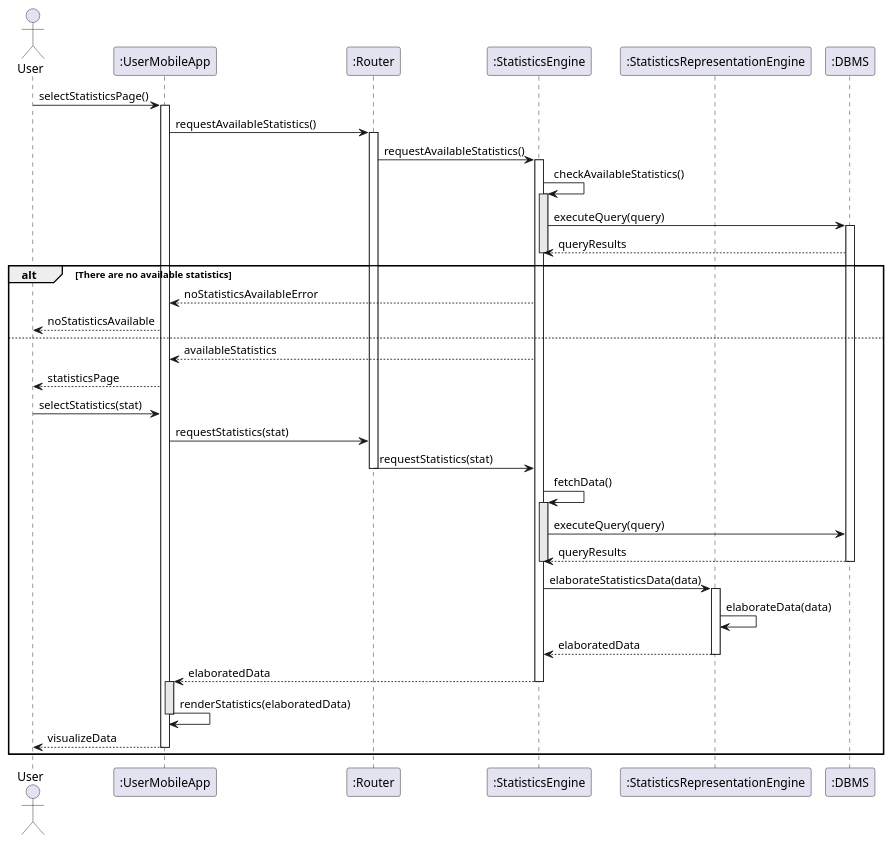
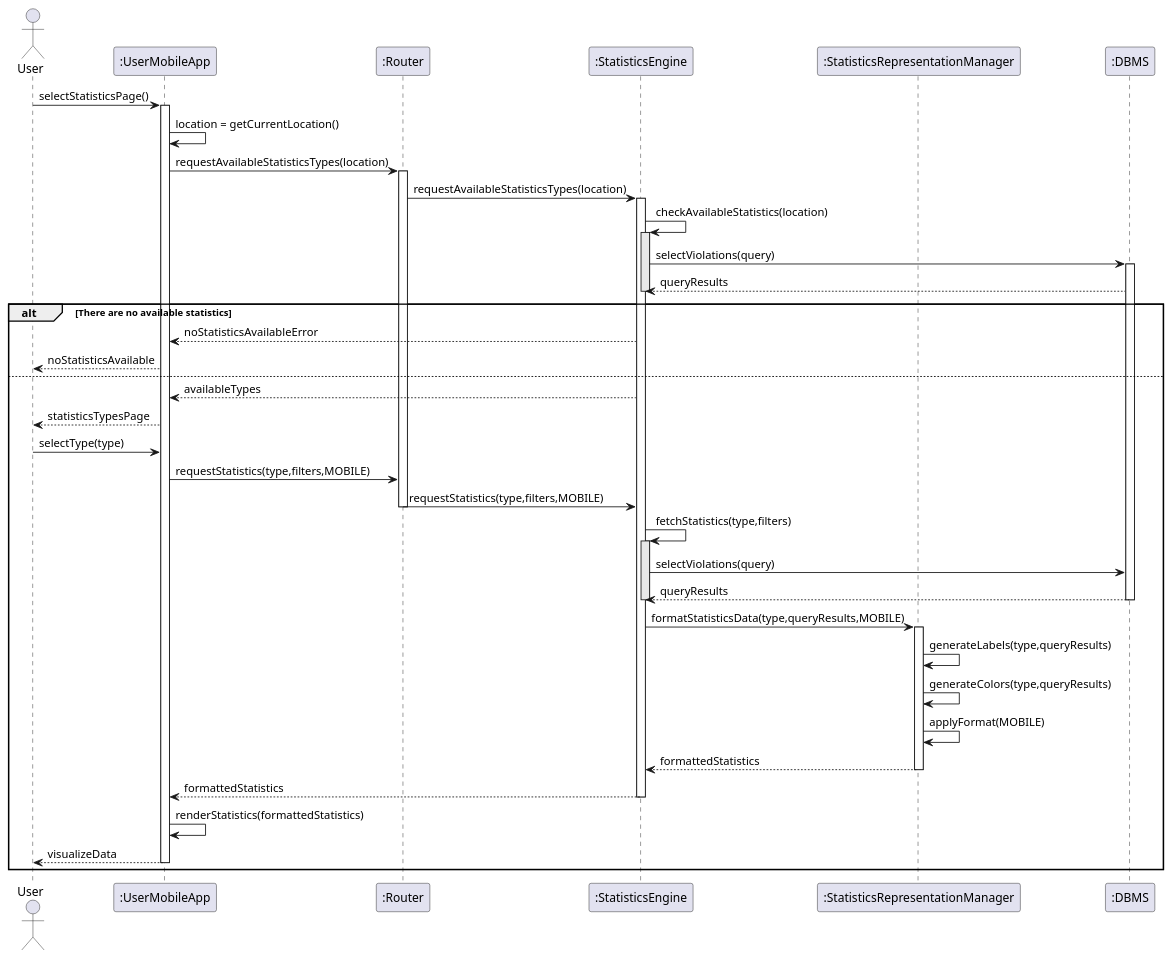
Before and after one commit to fuljo/FulginiDiCesare-SE2: the diagram in diagrams/dd_sequence_diagram_uc_1_4.wsd, drawn with PlantUML.

Commit message:
Improve clarity in SD for statistics
- correct name of StatisticsRepresentationManager
- add location-based check for available statistics
- clarify the first request for statistics types
- use select method on DBMS
- further detail of the methods to request and format statistics
- remove useless subprocess to render statistics

```diff
--- a/diagrams/dd_sequence_diagram_uc_1_4.wsd
+++ b/diagrams/dd_sequence_diagram_uc_1_4.wsd
@@ -1,56 +1,54 @@
 @startuml dd_sequence_diagram_uc_1_4
 skinparam Shadowing false
 
 actor User as U
 participant ":UserMobileApp" as UMA
 participant ":Router" as R
 participant ":StatisticsEngine" as SE
-participant ":StatisticsRepresentationEngine" as SRE
+participant ":StatisticsRepresentationManager" as SRM
 participant ":DBMS" as DBMS
 
 U -> UMA : selectStatisticsPage()
 activate UMA
-UMA -> R : requestAvailableStatistics()
+UMA -> UMA : location = getCurrentLocation()
+UMA -> R : requestAvailableStatisticsTypes(location)
 activate R
-R -> SE : requestAvailableStatistics()
+R -> SE : requestAvailableStatisticsTypes(location)
 activate SE
-SE -> SE : checkAvailableStatistics()
+SE -> SE : checkAvailableStatistics(location)
 activate SE #e8e8e8
-SE -> DBMS : executeQuery(query)
+SE -> DBMS : selectViolations(query)
 activate DBMS
 DBMS --> SE : queryResults
 deactivate SE
 alt There are no available statistics
 SE --> UMA : noStatisticsAvailableError
 UMA --> U : noStatisticsAvailable
 else
-SE --> UMA : availableStatistics
-UMA --> U : statisticsPage
-U -> UMA : selectStatistics(stat)
-UMA -> R : requestStatistics(stat)
-R -> SE : requestStatistics(stat)
+SE --> UMA : availableTypes
+UMA --> U : statisticsTypesPage
+U -> UMA : selectType(type)
+UMA -> R : requestStatistics(type,filters,MOBILE)
+R -> SE : requestStatistics(type,filters,MOBILE)
 deactivate R
-SE -> SE : fetchData()
+SE -> SE : fetchStatistics(type,filters)
 activate SE #e8e8e8
-SE -> DBMS : executeQuery(query)
+SE -> DBMS : selectViolations(query)
 DBMS --> SE : queryResults
 deactivate DBMS
 deactivate SE
-SE -> SRE : elaborateStatisticsData(data)
-activate SRE
-SRE -> SRE : elaborateData(data)
-SRE --> SE : elaboratedData
-deactivate SRE
-SE --> UMA : elaboratedData
+SE -> SRM : formatStatisticsData(type,queryResults,MOBILE)
+activate SRM
+SRM -> SRM : generateLabels(type,queryResults)
+SRM -> SRM : generateColors(type,queryResults)
+SRM -> SRM : applyFormat(MOBILE)
+SRM --> SE : formattedStatistics
+deactivate SRM
+SE --> UMA : formattedStatistics
 deactivate SE
-activate UMA #e8e8e8
-UMA -> UMA : renderStatistics(elaboratedData)
-deactivate UMA
+UMA -> UMA : renderStatistics(formattedStatistics)
 UMA --> U : visualizeData
 deactivate UMA
 end
 
-
-
-
 @enduml
```
